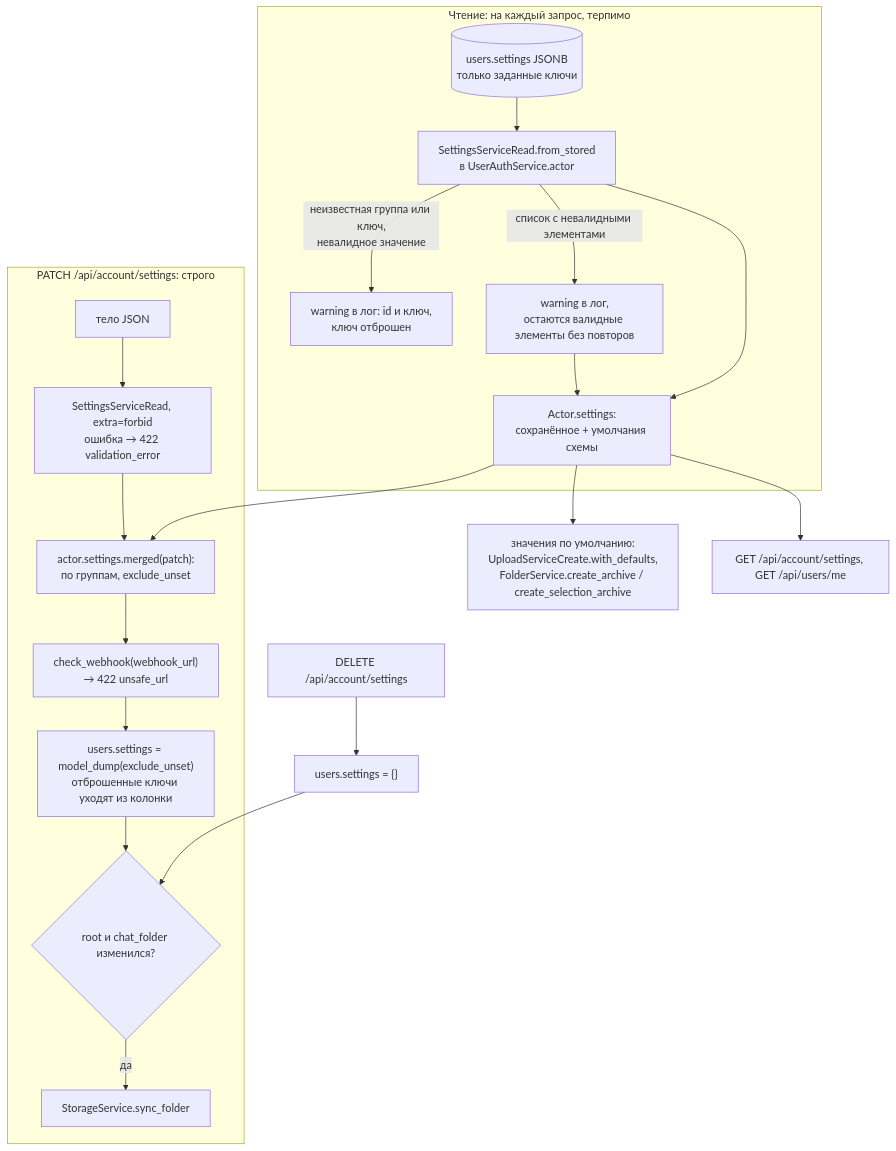
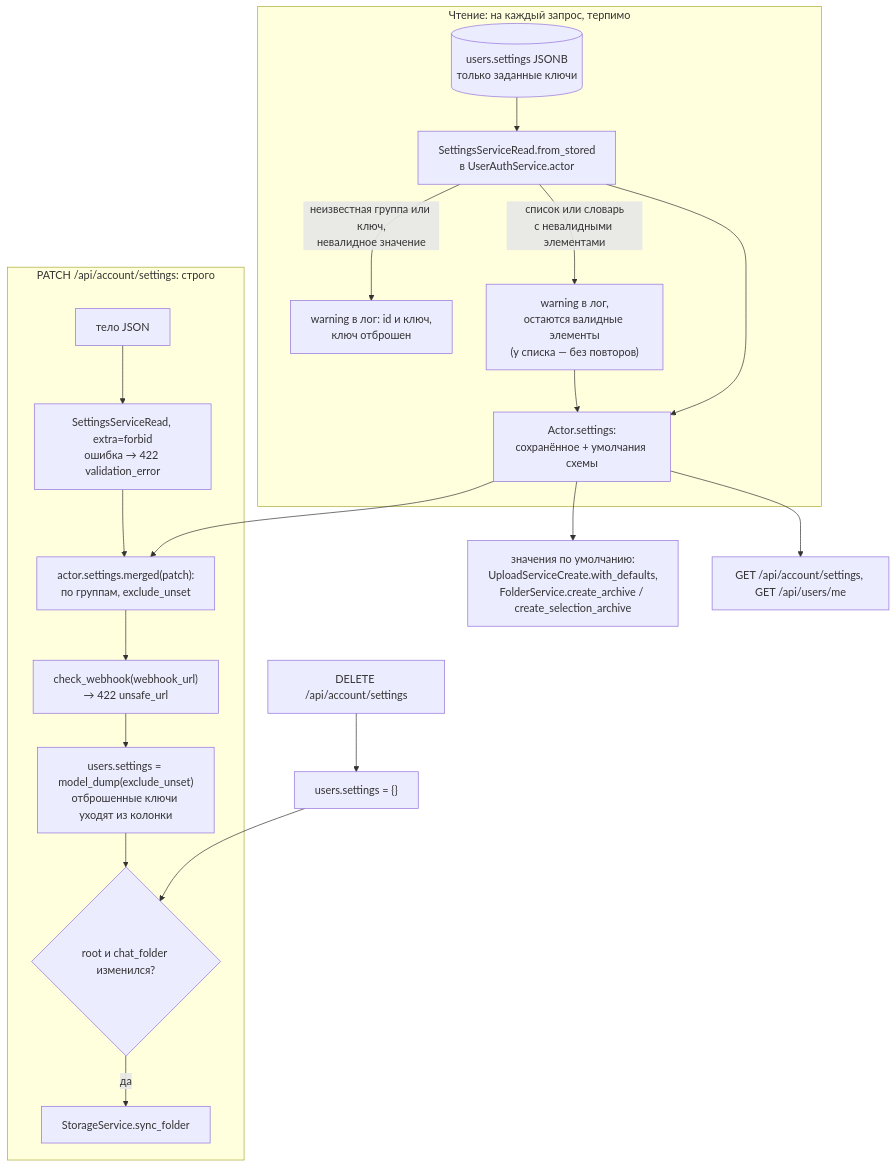
Before and after one commit to NikitkaZXC/tcloud-backend: the diagram in docs/flows/settings.md, drawn with Mermaid. The commit also changed other lines of this file and 3 other files, not shown here.

````diff
--- a/docs/flows/settings.md
+++ b/docs/flows/settings.md
@@ -24,22 +25,22 @@
 ```mermaid
 flowchart TD
     subgraph load["Чтение: на каждый запрос, терпимо"]
         db[("users.settings JSONB<br/>только заданные ключи")] --> fs["SettingsServiceRead.from_stored<br/>в UserAuthService.actor"]
         fs -->|"неизвестная группа или ключ,<br/>невалидное значение"| warn["warning в лог: id и ключ,<br/>ключ отброшен"]
-        fs -->|"список с невалидными элементами"| items["warning в лог,<br/>остаются валидные элементы без повторов"]
+        fs -->|"список или словарь<br/>с невалидными элементами"| items["warning в лог,<br/>остаются валидные элементы<br/>(у списка — без повторов)"]
         items --> actor
         fs --> actor["Actor.settings:<br/>сохранённое + умолчания схемы"]
     end
     subgraph write["PATCH /api/account/settings: строго"]
         body["тело JSON"] --> strict["SettingsServiceRead, extra=forbid<br/>ошибка → 422 validation_error"]
         strict --> merge["actor.settings.merged(patch):<br/>по группам, exclude_unset"]
         merge --> wh["check_webhook(webhook_url)<br/>→ 422 unsafe_url"]
         wh --> save["users.settings = model_dump(exclude_unset)<br/>отброшенные ключи уходят из колонки"]
         save --> chg{"root и chat_folder изменился?"}
         chg -->|да| sync["StorageService.sync_folder"]
     end
     reset["DELETE /api/account/settings"] --> zero["users.settings = {}"] --> chg
     actor --> merge
     actor --> use["значения по умолчанию:<br/>UploadServiceCreate.with_defaults,<br/>FolderService.create_archive / create_selection_archive"]
     actor --> me["GET /api/account/settings, GET /api/users/me"]
 ```
````
